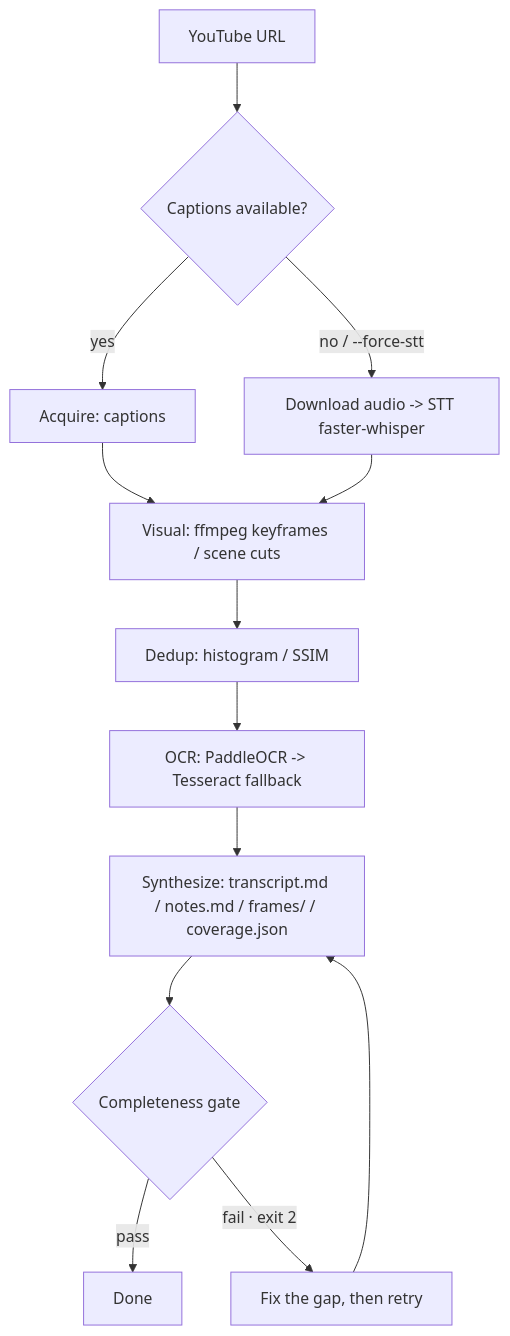
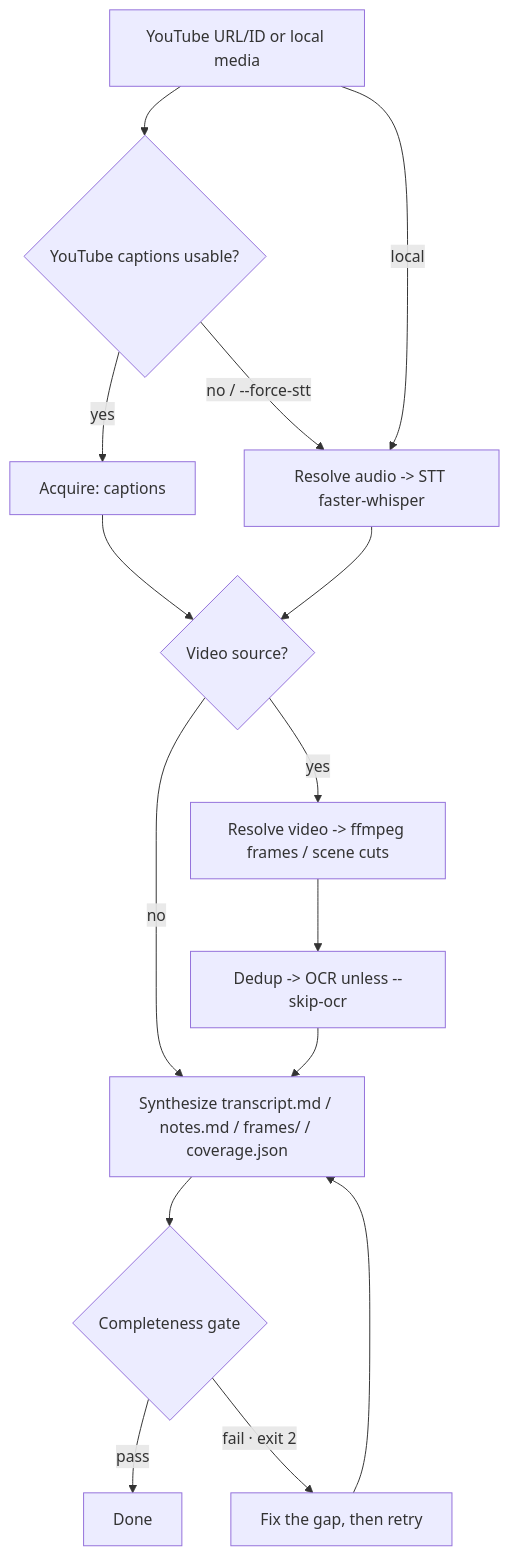
One commit to haesol-shin/lectural changed the diagram in README.md. Above: the diagram before and after it, drawn with Mermaid. The commit also changed other lines of this file and 30 other files, not shown here.

First line of the commit message:
feat: accept local lecture media and skip-ocr

````diff
--- a/README.md
+++ b/README.md
@@ -17,15 +18,17 @@
 ```mermaid
 flowchart TD
-    A[YouTube URL] --> B{Captions available?}
+    A[YouTube URL/ID or local media] --> B{YouTube captions usable?}
     B -->|yes| C[Acquire: captions]
-    B -->|no / --force-stt| D[Download audio -> STT faster-whisper]
-    C --> E[Visual: ffmpeg keyframes / scene cuts]
+    B -->|no / --force-stt| D[Resolve audio -> STT faster-whisper]
+    A -->|local| D
+    C --> E{Video source?}
     D --> E
-    E --> F[Dedup: histogram / SSIM]
-    F --> G[OCR: PaddleOCR -> Tesseract fallback]
-    G --> H[Synthesize: transcript.md / notes.md / frames/ / coverage.json]
+    E -->|yes| F[Resolve video -> ffmpeg frames / scene cuts]
+    E -->|no| H[Synthesize transcript and whole-source notes]
+    F --> G[Dedup -> OCR unless --skip-ocr]
+    G --> H[Synthesize transcript.md / notes.md / frames/ / coverage.json]
     H --> I{Completeness gate}
     I -->|pass| J[Done]
     I -->|fail · exit 2| K[Fix the gap, then retry]
     K --> H
 ```
````
